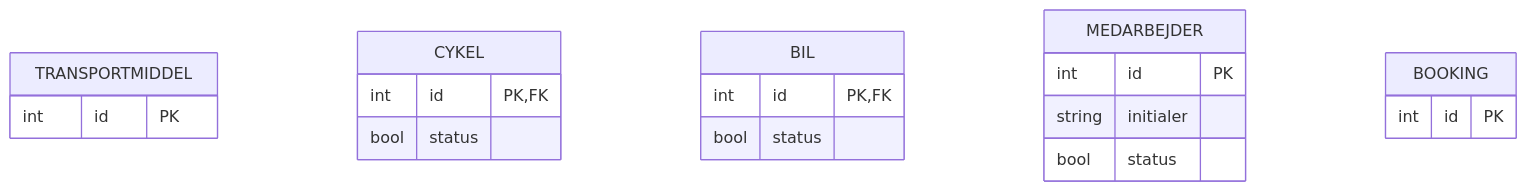
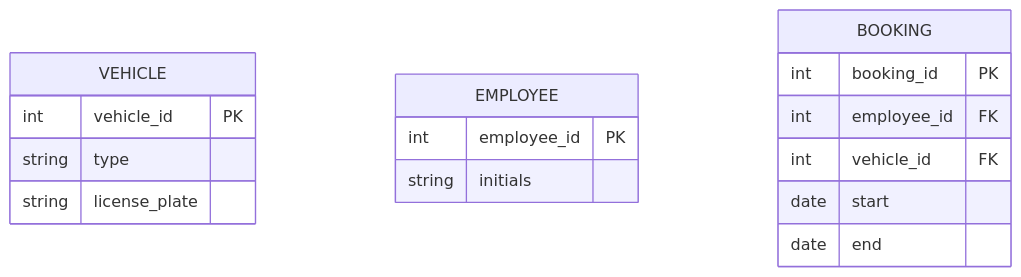
Before and after one commit to Anmi9/2.SemesterEksamensprojekt: the diagram in docs/notes/Logisk model - database.md, drawn with Mermaid. The commit also changed 1 other file, not shown here.

Commit message:
docs(avm): logisk model i database

````diff
--- a/docs/notes/Logisk model - database.md
+++ b/docs/notes/Logisk model - database.md
@@ -8,28 +8,22 @@
 ```mermaid
 erDiagram
-    TRANSPORTMIDDEL{
-    int id PK
+    VEHICLE{
+    int vehicle_id PK
+    string type 
+    string license_plate
     }
     
-    CYKEL{
-    int id PK, FK
-    bool status 
-    }
-    
-    BIL{
-    int id PK, FK
-    bool status
-    }
-    
-    MEDARBEJDER{
-    int id PK
-    string initialer 
-    bool status 
+    EMPLOYEE{
+    int employee_id PK
+    string initials  
     }
     
     BOOKING{
-    int id PK
-    
+    int booking_id PK
+    int employee_id FK
+    int vehicle_id FK
+    date start 
+    date end
     }
     
 ```
````
